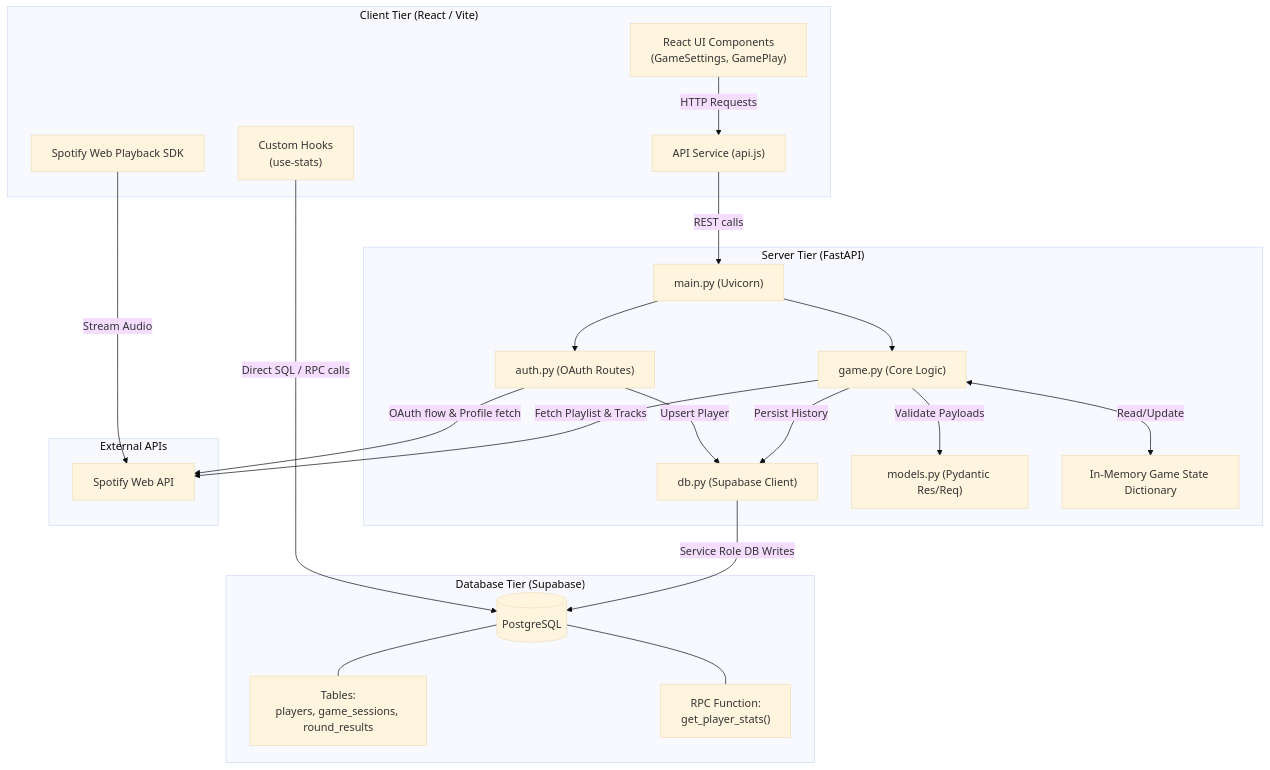
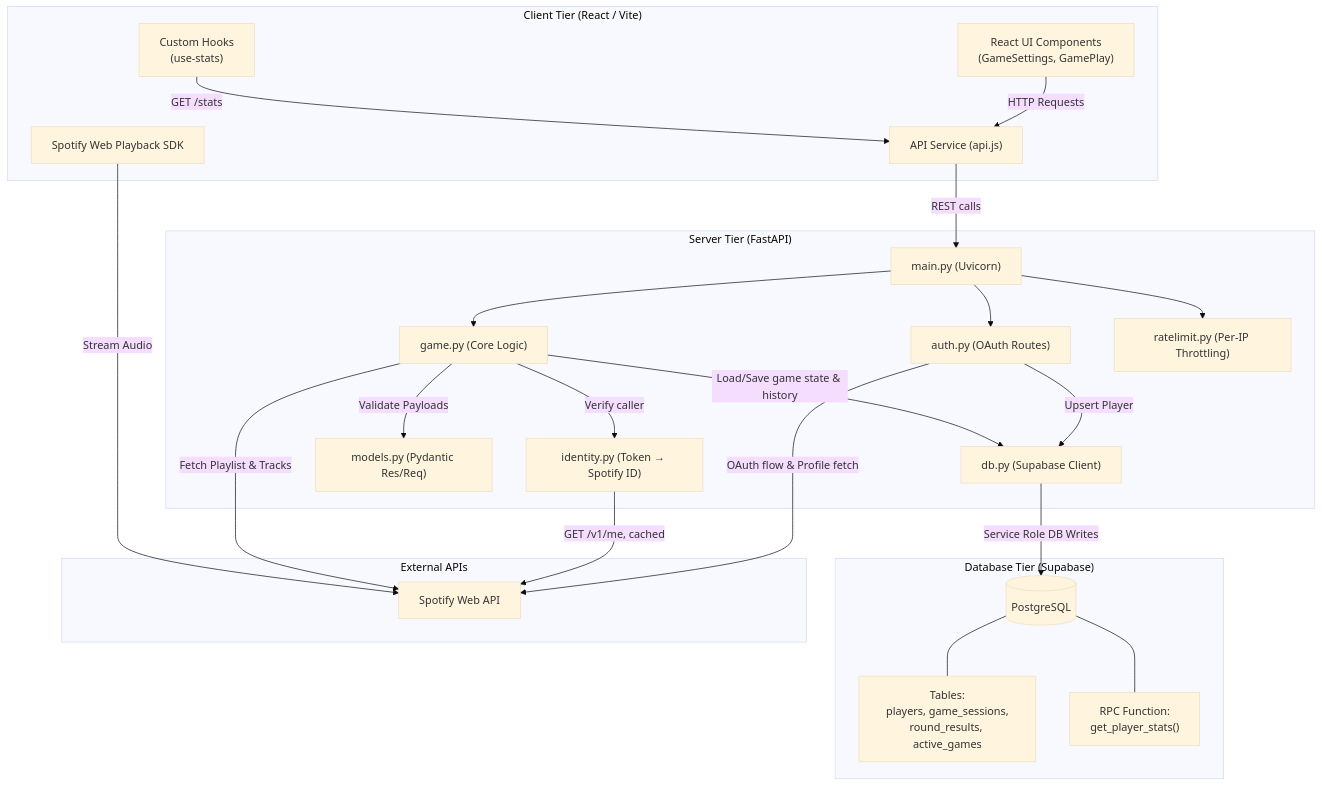
Before and after one commit to VaibhaVSharmaVvs/Beatify: the first of 4 diagrams in README.md, drawn with Mermaid (base theme). The commit also changed other lines of this file and 17 other files, not shown here.

````diff
--- a/README.md
+++ b/README.md
@@ -119,54 +119,57 @@
 ```mermaid
 graph TD
     %% Client Tier
     subgraph Client ["Client Tier (React / Vite)"]
         UI["React UI Components<br/>(GameSettings, GamePlay)"]
         API_JS["API Service (api.js)"]
         HOOKS["Custom Hooks<br/>(use-stats)"]
         PLAYER["Spotify Web Playback SDK"]
     end
 
     %% Server Tier
     subgraph Server ["Server Tier (FastAPI)"]
         MAIN["main.py (Uvicorn)"]
         AUTH_ROUTER["auth.py (OAuth Routes)"]
         GAME_ROUTER["game.py (Core Logic)"]
         DB_SERVICE["db.py (Supabase Client)"]
         MODELS["models.py (Pydantic Res/Req)"]
-        MEMORY["In-Memory Game State Dictionary"]
+        IDENTITY["identity.py (Token → Spotify ID)"]
+        LIMITER["ratelimit.py (Per-IP Throttling)"]
     end
 
     %% Database Tier
     subgraph DB ["Database Tier (Supabase)"]
         POSTGRES[("PostgreSQL")]
-        TABLES["Tables:<br/>players, game_sessions, round_results"]
+        TABLES["Tables:<br/>players, game_sessions,<br/>round_results, active_games"]
         RPC["RPC Function:<br/>get_player_stats()"]
     end
 
     %% Third-Party
     subgraph External ["External APIs"]
         SPOTIFY_API["Spotify Web API"]
     end
 
     %% Interactions
     UI -->|HTTP Requests| API_JS
     API_JS -->|REST calls| MAIN
-    HOOKS -->|Direct SQL / RPC calls| POSTGRES
+    HOOKS -->|GET /stats| API_JS
     
+    MAIN --> LIMITER
     MAIN --> AUTH_ROUTER
     MAIN --> GAME_ROUTER
     
     AUTH_ROUTER -->|OAuth flow & Profile fetch| SPOTIFY_API
     AUTH_ROUTER -->|Upsert Player| DB_SERVICE
     
+    GAME_ROUTER -->|Verify caller| IDENTITY
+    IDENTITY -->|GET /v1/me, cached| SPOTIFY_API
     GAME_ROUTER -->|Fetch Playlist & Tracks| SPOTIFY_API
-    GAME_ROUTER <-->|Read/Update| MEMORY
     GAME_ROUTER -->|Validate Payloads| MODELS
-    GAME_ROUTER -->|Persist History| DB_SERVICE
+    GAME_ROUTER -->|Load/Save game state & history| DB_SERVICE
     
     DB_SERVICE -->|Service Role DB Writes| POSTGRES
     POSTGRES --- TABLES
     POSTGRES --- RPC
     
     PLAYER -->|Stream Audio| SPOTIFY_API
 ```
````
